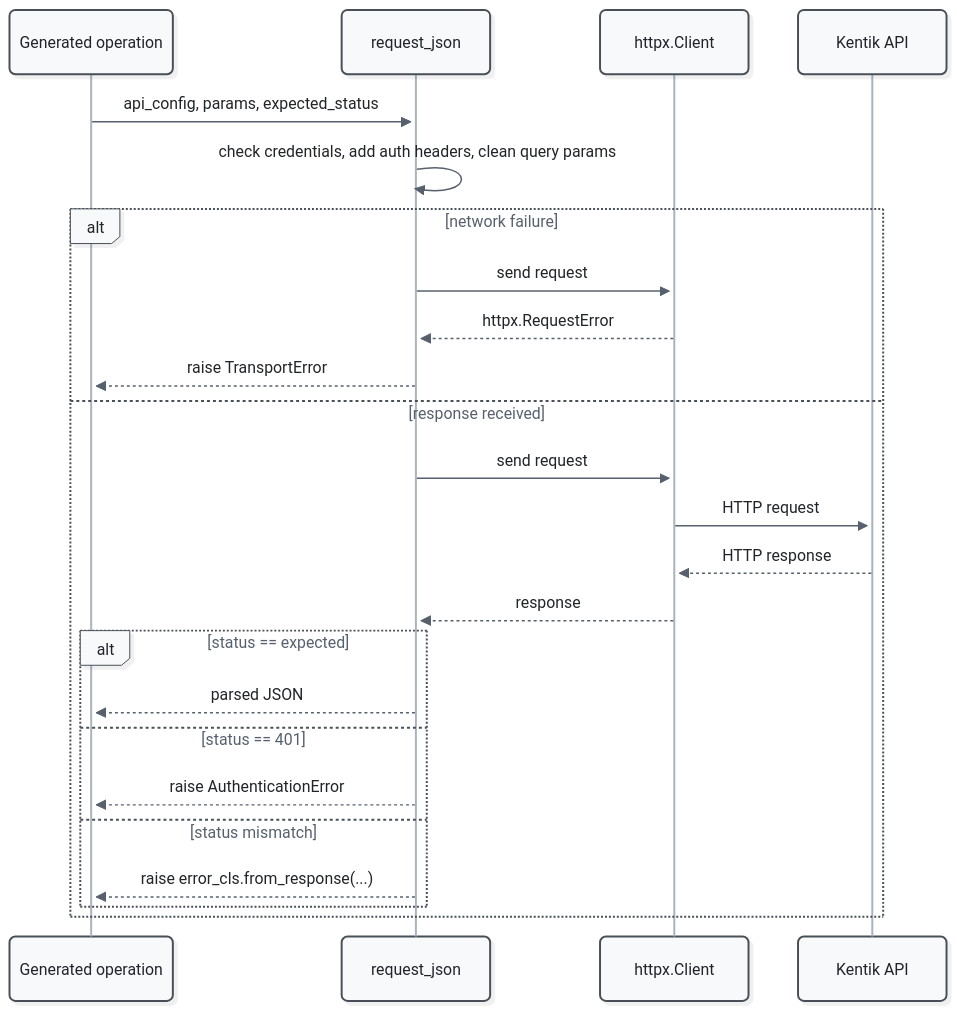
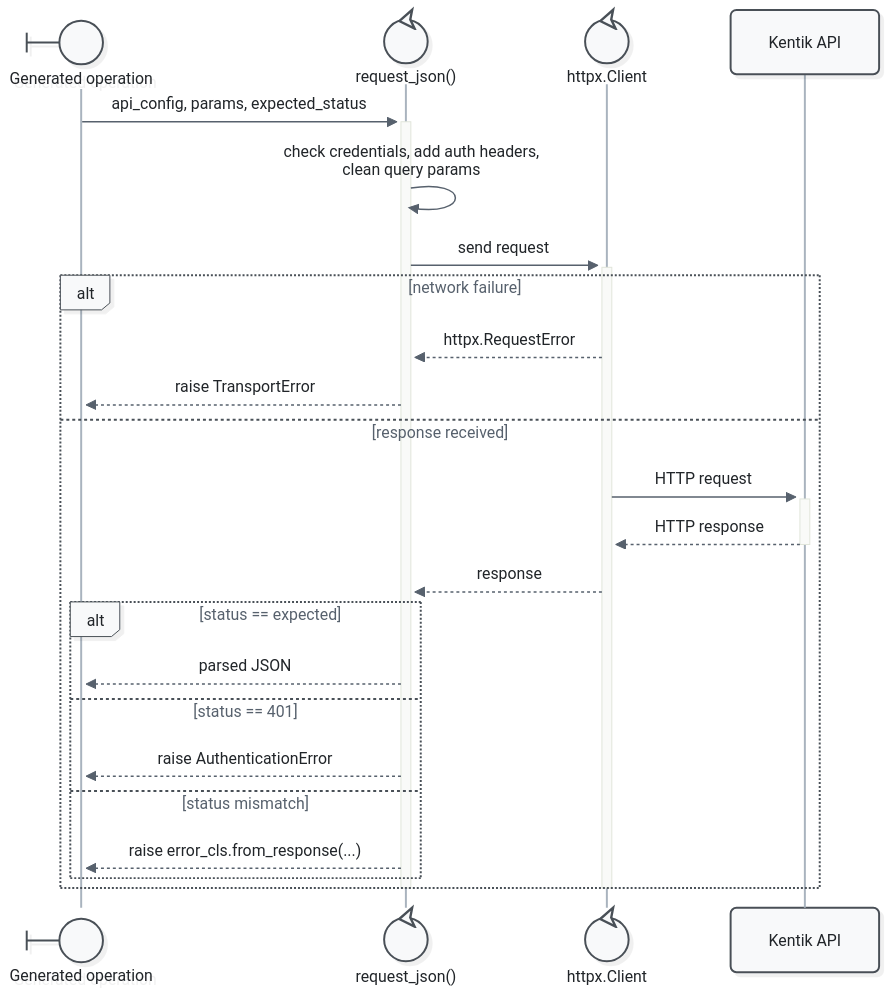
Before and after one commit to alexdearaujo/community_sdk_python: the first of 2 diagrams in src/kentik_api/core/README.md, drawn with Mermaid. The commit also changed other lines of this file and 9 other files, not shown here.

First line of the commit message:
docs: clean up the hand-written Mermaid diagrams

````diff
--- a/src/kentik_api/core/README.md
+++ b/src/kentik_api/core/README.md
@@ -31,27 +31,28 @@
 ```mermaid
 %%{init: {"theme": "redux", "look": "neo", "layout": "elk", "fontFamily": "ui-monospace, SFMono-Regular, Menlo, monospace", "themeVariables": {"fontFamily": "ui-monospace, SFMono-Regular, Menlo, monospace", "primaryColor": "#f8f9fa", "primaryBorderColor": "#495057", "primaryTextColor": "#212529", "textColor": "#212529", "lineColor": "#77818c", "edgeLabelBackground": "#ffffff", "actorBkg": "#f8f9fa", "actorBorder": "#495057", "actorTextColor": "#212529", "actorLineColor": "#a9b3be", "signalColor": "#57616d", "signalTextColor": "#212529", "labelBoxBkgColor": "#f8f9fa", "labelBoxBorderColor": "#495057", "labelTextColor": "#212529", "loopTextColor": "#57616d", "noteBkgColor": "#fff9db", "noteBorderColor": "#f08c00", "noteTextColor": "#a35a00"}, "flowchart": {"curve": "basis", "nodeSpacing": 30, "rankSpacing": 70, "wrappingWidth": 400}}}%%
 sequenceDiagram
-    participant Op as Generated operation
-    participant RJ as request_json
-    participant HX as httpx.Client
+    participant Op@{ "type": "boundary" } as Generated operation
+    participant RJ@{ "type": "control" } as request_json()
+    participant HX@{ "type": "control" } as httpx.Client
     participant API as Kentik API
-    Op->>RJ: api_config, params, expected_status
-    RJ->>RJ: check credentials, add auth headers, clean query params
+    Op->>+RJ: api_config, params, expected_status
+    RJ->>RJ: check credentials, add auth headers,<br/>clean query params
+    RJ->>+HX: send request
     alt network failure
-        RJ->>HX: send request
         HX-->>RJ: httpx.RequestError
         RJ-->>Op: raise TransportError
     else response received
-        RJ->>HX: send request
-        HX->>API: HTTP request
-        API-->>HX: HTTP response
+        HX->>+API: HTTP request
+        API-->>-HX: HTTP response
         HX-->>RJ: response
         alt status == expected
             RJ-->>Op: parsed JSON
         else status == 401
             RJ-->>Op: raise AuthenticationError
         else status mismatch
             RJ-->>Op: raise error_cls.from_response(...)
         end
     end
+    deactivate HX
+    deactivate RJ
 ```
````
